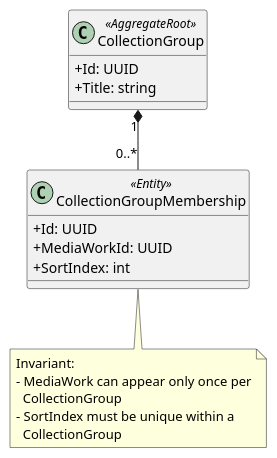
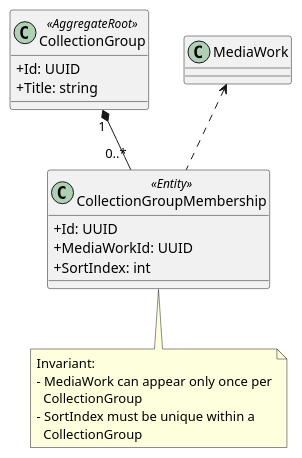
Before and after one commit to yantue/colleq: the diagram in docs/uml/domain/domain-collection-group.puml, drawn with PlantUML. The commit also changed 11 other files, not shown here.

```diff
--- a/docs/uml/domain/domain-collection-group.puml
+++ b/docs/uml/domain/domain-collection-group.puml
@@ -1,25 +1,28 @@
 @startuml
 skinparam classAttributeIconSize 0
 
 class CollectionGroup <<AggregateRoot>> {
     +Id: UUID
     +Title: string
 }
 
 class CollectionGroupMembership <<Entity>> {
     +Id: UUID
     +MediaWorkId: UUID
     +SortIndex: int
 }
 
 note bottom of CollectionGroupMembership
 Invariant:
 - MediaWork can appear only once per
   CollectionGroup
 - SortIndex must be unique within a
   CollectionGroup
 end note
 
 CollectionGroup "1" *-- "0..*" CollectionGroupMembership
 
+' ===== CROSS-AGGREGATE REFERENCE =====
+MediaWork <.. CollectionGroupMembership
+
 @enduml
```
